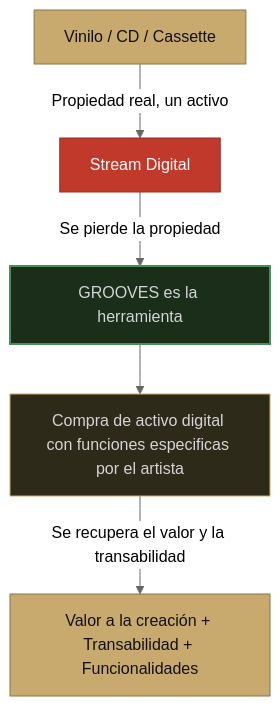
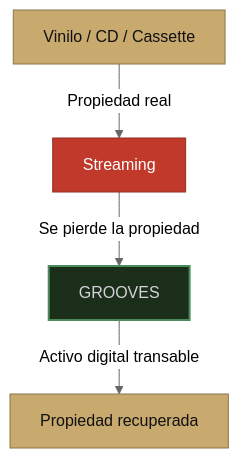
One commit to groovesart/grooves-docs changed the first of 2 diagrams in manifiesto.md. Above: the diagram before and after it, drawn with Mermaid (neutral theme). The commit also changed other lines of this file, not shown here.

````diff
--- a/manifiesto.md
+++ b/manifiesto.md
@@ -9,12 +9,10 @@
 ```mermaid
 graph TB
-    A[Vinilo / CD / Cassette] -->|Propiedad real, un activo| B[Stream Digital]
-    B -->|Se pierde la propiedad| C[GROOVES es la herramienta]
-    C --> D[Compra de activo digital con funciones especificas por el artista]
-    D -->|Se recupera el valor y la transabilidad| E[Valor a la creación + Transabilidad + Funcionalidades]
+    A[Vinilo / CD / Cassette] -->|Propiedad real| B[Streaming]
+    B -->|Se pierde la propiedad| C[GROOVES]
+    C -->|Activo digital transable| D[Propiedad recuperada]
     style A fill:#C8A96E,color:#111,stroke:#8a7548
     style B fill:#c0392b,color:#fff,stroke:#962d22
     style C fill:#1a2e1a,color:#d4d4d8,stroke:#4a8c5c,stroke-width:2px
-    style D fill:#2e2a1a,color:#d4d4d8,stroke:#C8A96E
-    style E fill:#C8A96E,color:#111,stroke:#8a7548
+    style D fill:#C8A96E,color:#111,stroke:#8a7548
 ```
````
